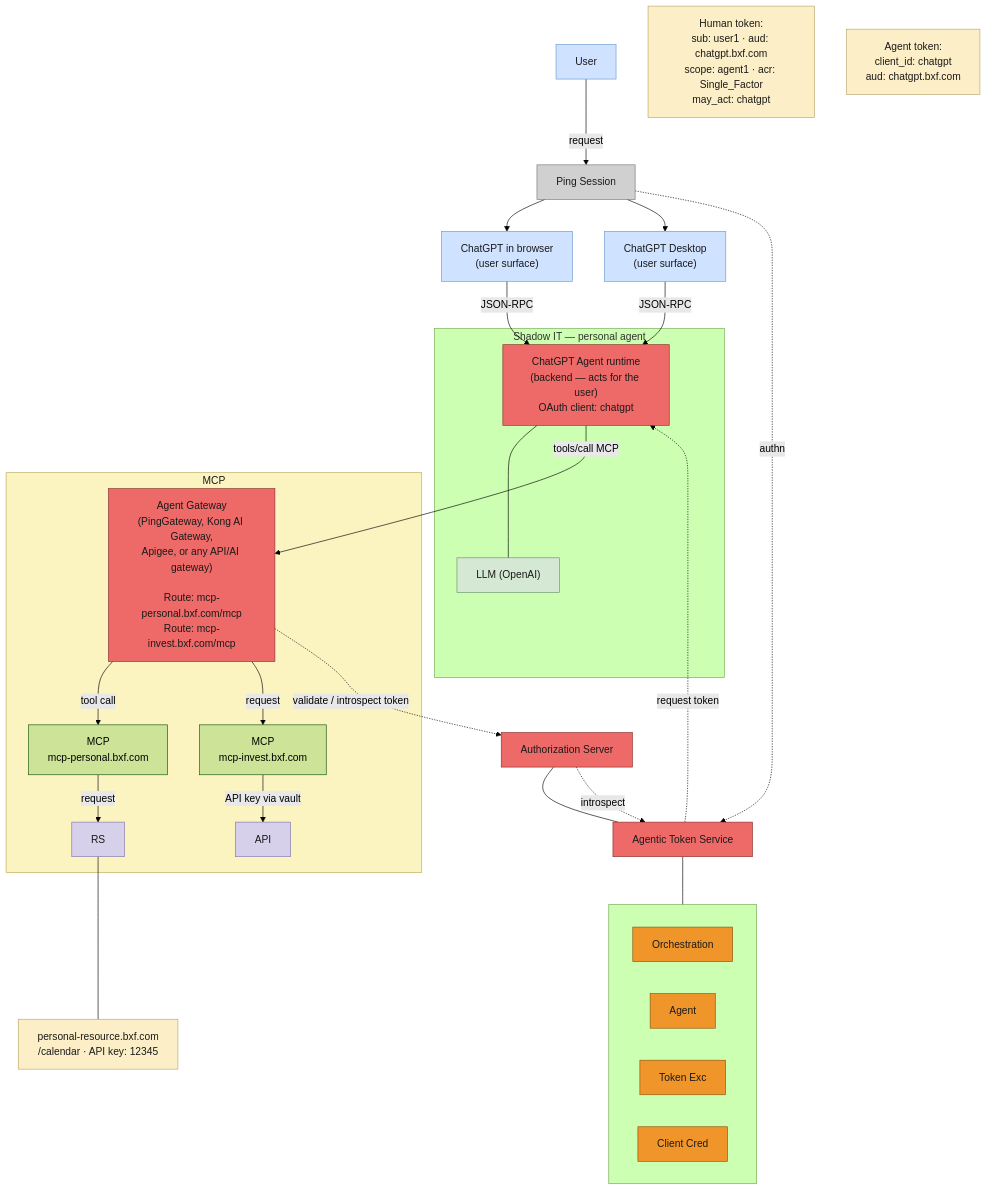
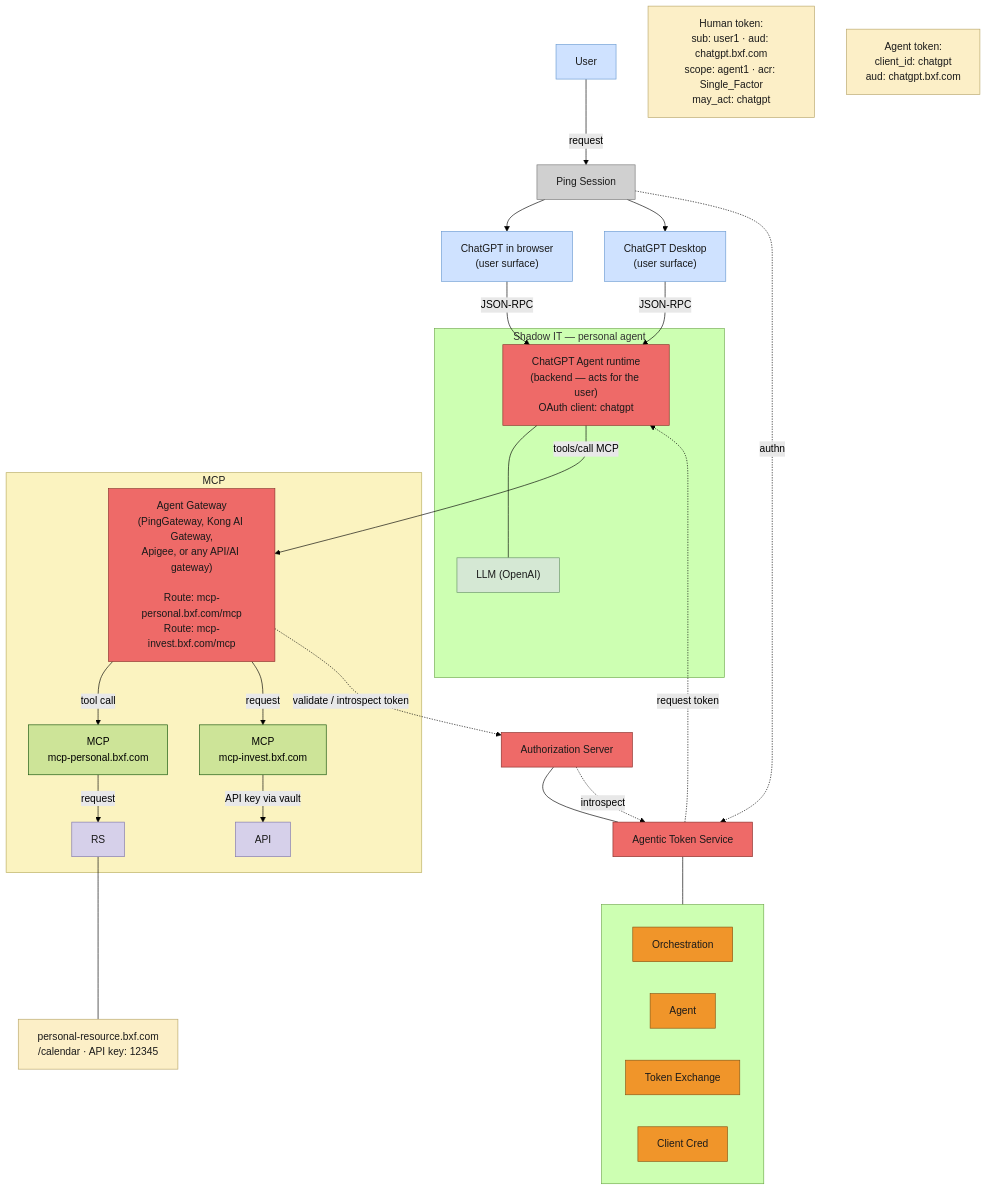
The diagram in docs/diagrams/personal-agent-chatgpt.mmd (curtismu7/AI-DEMO2), drawn with Mermaid (forest theme) before and after one commit. The commit also changed 1 other file, not shown here.

Commit message:
docs(diagrams): ATS sub-components above title box, rename Token Exc to Token Exchange

```diff
--- a/docs/diagrams/personal-agent-chatgpt.mmd
+++ b/docs/diagrams/personal-agent-chatgpt.mmd
@@ -1,76 +1,76 @@
 %% Personal agent version of "V2 Agent - GW/Authorize" (Lucid page)
 %% ChatGPT is the personal agent — browser + Desktop surfaces, one agent runtime
 flowchart TB
     USER["User"]
     PINGSESS["Ping Session"]
     CHATB["ChatGPT in browser<br/>(user surface)"]
     GPTD["ChatGPT Desktop<br/>(user surface)"]
 
     subgraph SHADOW["Shadow IT — personal agent"]
         AGENT1["ChatGPT Agent runtime<br/>(backend — acts for the user)<br/>OAuth client: chatgpt"]
         LLM["LLM (OpenAI)"]
     end
 
     ATS["Agentic Token Service"]
     subgraph ATSSUB[" "]
         direction LR
         ORCH["Orchestration"]
         AGT["Agent"]
-        TXE["Token Exc"]
+        TXE["Token Exchange"]
         CCRED["Client Cred"]
     end
     AUTHZ["Authorization Server"]
 
     HTOK["Human token:<br/>sub: user1 · aud: chatgpt.bxf.com<br/>scope: agent1 · acr: Single_Factor<br/>may_act: chatgpt"]
     AGTOK["Agent token:<br/>client_id: chatgpt<br/>aud: chatgpt.bxf.com"]
 
 
     subgraph MCPBOX["MCP"]
         GW["Agent Gateway<br/>(PingGateway, Kong AI Gateway,<br/>Apigee, or any API/AI gateway)<br/><br/>Route: mcp-personal.bxf.com/mcp<br/>Route: mcp-invest.bxf.com/mcp"]
         MCPOLB["MCP<br/>mcp-personal.bxf.com"]
         MCPINV["MCP<br/>mcp-invest.bxf.com"]
         RS["RS"]
         API["API"]
     end
     INVTOK["personal-resource.bxf.com<br/>/calendar · API key: 12345"]
 
 
     USER -->|request| PINGSESS
     PINGSESS --> CHATB
     PINGSESS --> GPTD
     CHATB -->|JSON-RPC| AGENT1
     GPTD -->|JSON-RPC| AGENT1
     AGENT1 --- LLM
     PINGSESS -.->|authn| ATS
     ATS --- ATSSUB
     AUTHZ --- ATS
     AUTHZ -.->|introspect| ATS
     ATS -.->|request token| AGENT1
     AGENT1 -->|tools/call MCP| GW
     GW -->|tool call| MCPOLB
     GW -->|request| MCPINV
     GW -.->|validate / introspect token| AUTHZ
     MCPOLB -->|request| RS
     MCPINV -->|API key via vault| API
     RS --- INVTOK
 
     classDef red fill:#ee6a68,stroke:#8a2f2a,color:#1a1a1a
     classDef orange fill:#f0952a,stroke:#8a5410,color:#1a1a1a
     classDef cream fill:#fcefc7,stroke:#b8a66a,color:#1a1a1a
     classDef pink fill:#f272c8,stroke:#a12a76,color:#1a1a1a
     classDef yellow fill:#fbf3c0,stroke:#b8ac60,color:#1a1a1a
     classDef blue fill:#cfe2ff,stroke:#6b9bd2,color:#1a1a1a
     classDef green fill:#d5e8d4,stroke:#6a936a,color:#1a1a1a
     classDef dgreen fill:#5cb85c,stroke:#2d6a2d,color:#1a1a1a
     classDef purple fill:#d6d0ea,stroke:#8077ad,color:#1a1a1a
     classDef grey fill:#d0d0d0,stroke:#777777,color:#1a1a1a
 
     class ATS,AUTHZ,GW red
     class ORCH,AGT,TXE,CCRED orange
     class HTOK,AGTOK,INVTOK cream
     class MCPBOX yellow
     class USER,CHATB,GPTD blue
     class RS,API purple
     class AGENT1 red
     class LLM green
     class PINGSESS grey
```
